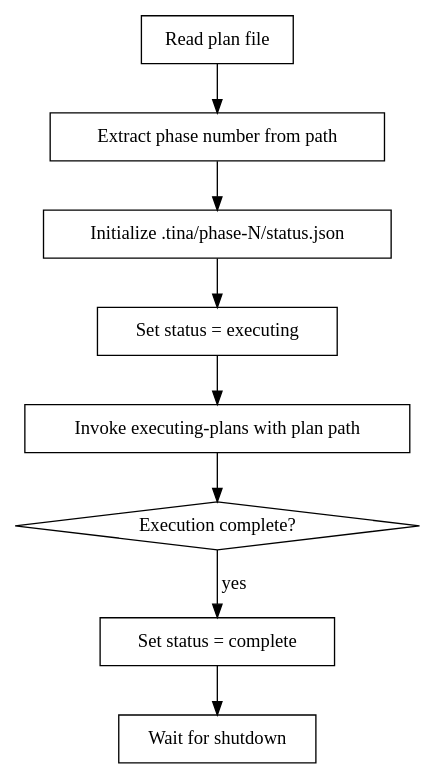
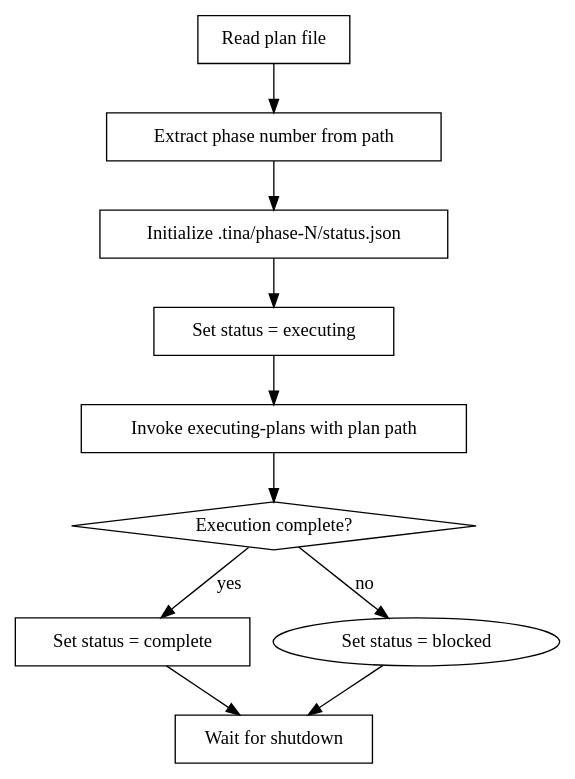
Before and after one commit to joshuabates/tina: the diagram in skills/team-lead-init/SKILL.md, drawn with Graphviz. The commit also changed other lines of this file, not shown here.

````diff
--- a/skills/team-lead-init/SKILL.md
+++ b/skills/team-lead-init/SKILL.md
@@ -26,22 +36,24 @@
 ```dot
 digraph team_lead_init {
     rankdir=TB;
 
     "Read plan file" [shape=box];
     "Extract phase number from path" [shape=box];
     "Initialize .tina/phase-N/status.json" [shape=box];
     "Set status = executing" [shape=box];
     "Invoke executing-plans with plan path" [shape=box];
     "Execution complete?" [shape=diamond];
     "Set status = complete" [shape=box];
     "Wait for shutdown" [shape=box];
 
     "Read plan file" -> "Extract phase number from path";
     "Extract phase number from path" -> "Initialize .tina/phase-N/status.json";
     "Initialize .tina/phase-N/status.json" -> "Set status = executing";
     "Set status = executing" -> "Invoke executing-plans with plan path";
     "Invoke executing-plans with plan path" -> "Execution complete?";
     "Execution complete?" -> "Set status = complete" [label="yes"];
+    "Execution complete?" -> "Set status = blocked" [label="no"];
+    "Set status = blocked" -> "Wait for shutdown";
     "Set status = complete" -> "Wait for shutdown";
 }
 ```
````
